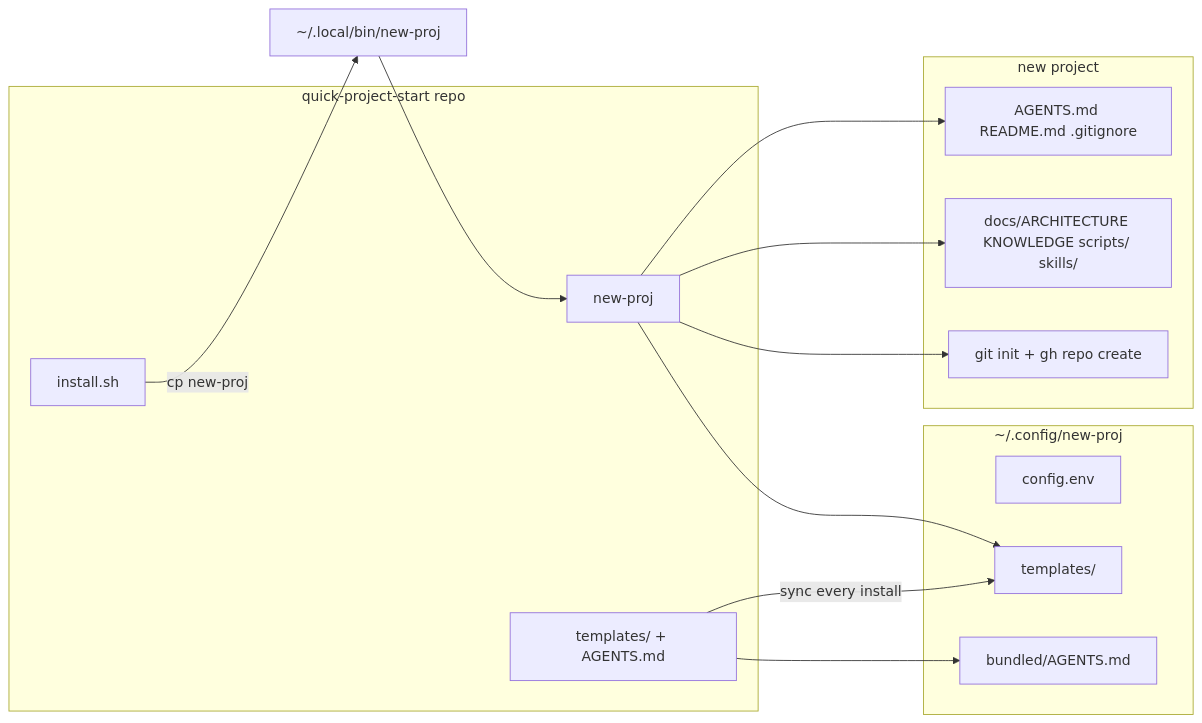
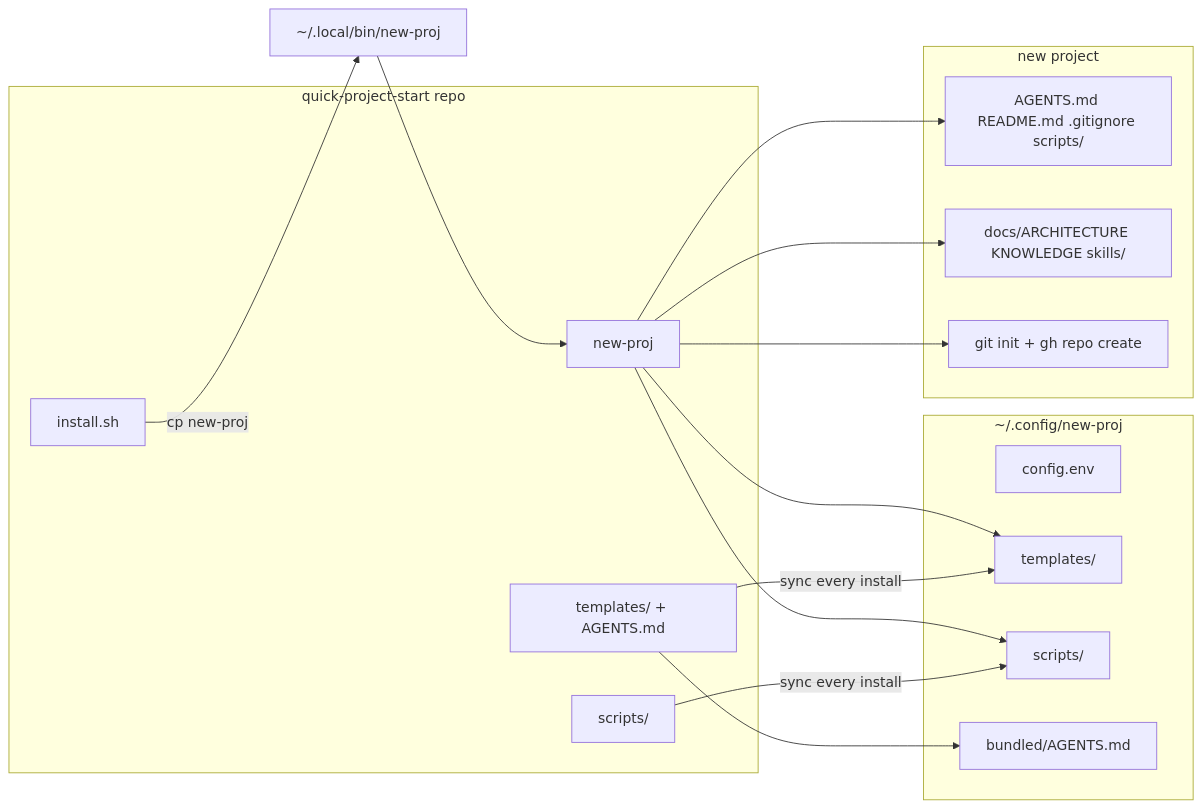
Before and after one commit to jdserenity/quick-project-start: the diagram in docs/ARCHITECTURE.md, drawn with Mermaid. The commit also changed other lines of this file and 9 other files, not shown here.

First line of the commit message:
Put scaffold scripts at project root ./scripts synced only via install.sh.

````diff
--- a/docs/ARCHITECTURE.md
+++ b/docs/ARCHITECTURE.md
@@ -95,26 +95,30 @@
 ```mermaid
 flowchart LR
   subgraph repo["quick-project-start repo"]
     install["install.sh"]
     script["new-proj"]
     tplsrc["templates/ + AGENTS.md"]
+    scriptsrc["scripts/"]
   end
   subgraph global["~/.config/new-proj"]
     cfg["config.env"]
     tpl["templates/"]
+    scr["scripts/"]
     bundled["bundled/AGENTS.md"]
   end
   subgraph out["new project"]
-    root["AGENTS.md README.md .gitignore"]
-    scaffold["docs/ARCHITECTURE KNOWLEDGE scripts/ skills/"]
+    root["AGENTS.md README.md .gitignore scripts/"]
+    scaffold["docs/ARCHITECTURE KNOWLEDGE skills/"]
     git["git init + gh repo create"]
   end
   install -->|"cp new-proj"| bin["~/.local/bin/new-proj"]
   tplsrc -->|"sync every install"| tpl
+  scriptsrc -->|"sync every install"| scr
   tplsrc --> bundled
   bin --> script
   script --> tpl
+  script --> scr
   script --> root
   script --> scaffold
   script --> git
 ```
````
